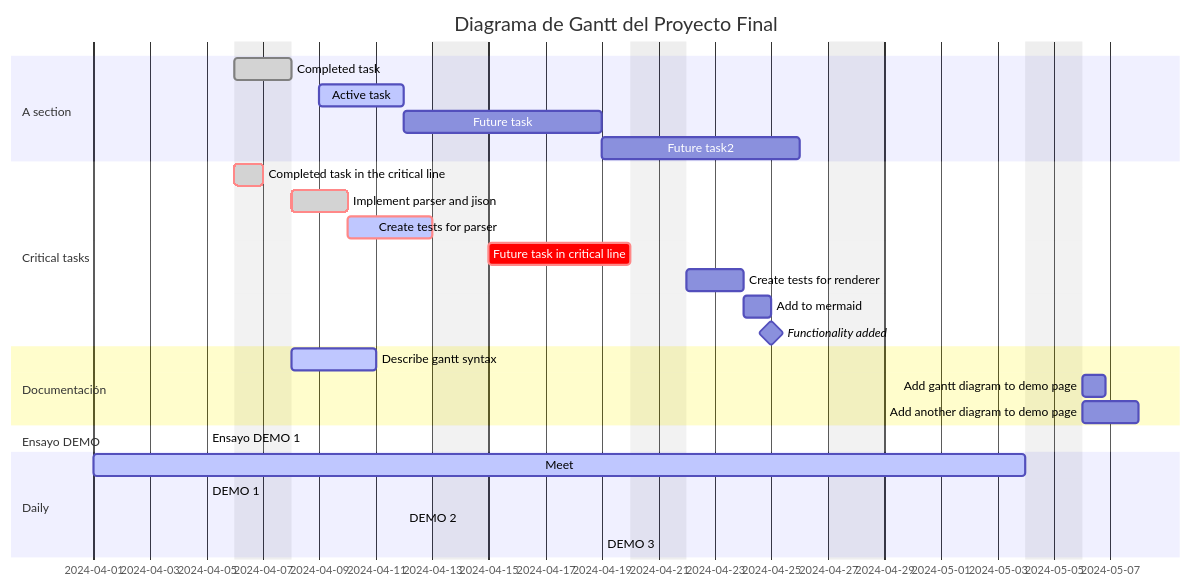
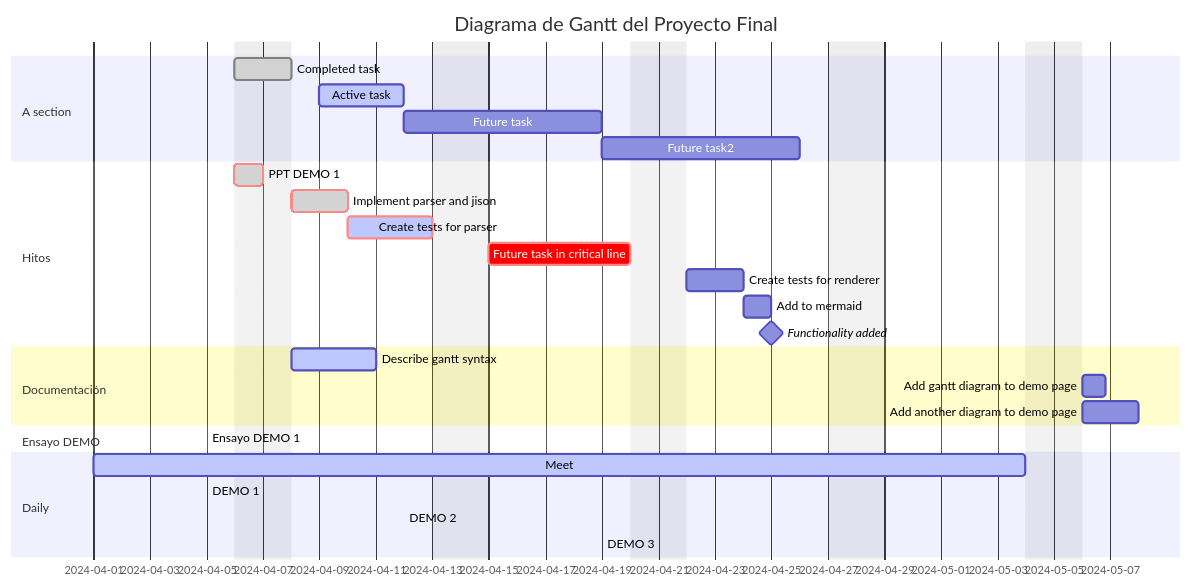
Before and after one commit to marceloyuba/SDT: the diagram in README.md, drawn with Mermaid.

````diff
--- a/README.md
+++ b/README.md
@@ -7,37 +7,37 @@
 ```mermaid
 gantt
     dateFormat  YYYY-MM-DD
     title       Diagrama de Gantt del Proyecto Final
     excludes    weekends
     %% (`excludes` accepts specific dates in YYYY-MM-DD format, days of the week ("sunday") or "weekends", but not the word "weekdays".)
 
     section A section
     Completed task            :done,    des1, 2024-04-06,2024-04-08
     Active task               :active,  des2, 2024-04-09, 3d
     Future task               :         des3, after des2, 5d
     Future task2              :         des4, after des3, 5d
 
-    section Critical tasks
-    Completed task in the critical line :crit, done, 2024-04-06,24h
+    section Hitos
+    PPT DEMO 1                          :crit, done, 2024-04-06,24h
     Implement parser and jison          :crit, done, after des1, 2d
     Create tests for parser             :crit, active, 3d
     Future task in critical line        :crit, 5d
     Create tests for renderer           :2d
     Add to mermaid                      :until isadded
     Functionality added                 :milestone, isadded, 2024-04-25, 0d
 
     section Documentación
     Describe gantt syntax               :active, a1, after des1, 3d
     Add gantt diagram to demo page      :after a1  , 20h
     Add another diagram to demo page    :doc1, after a1  , 48h
 
     section Ensayo DEMO
     Ensayo DEMO 1                       :2024-04-05, 0d
 
     section Daily
     Meet               :active, a1, 2024-04-01, 25d
     DEMO 1                             :after Meet, 2024-04-05, 0d
     DEMO 2                             :after Meet, 2024-04-12, 0d
     DEMO 3                             :after DEMO 2, 2024-04-19, 0d
 
 ```
````
